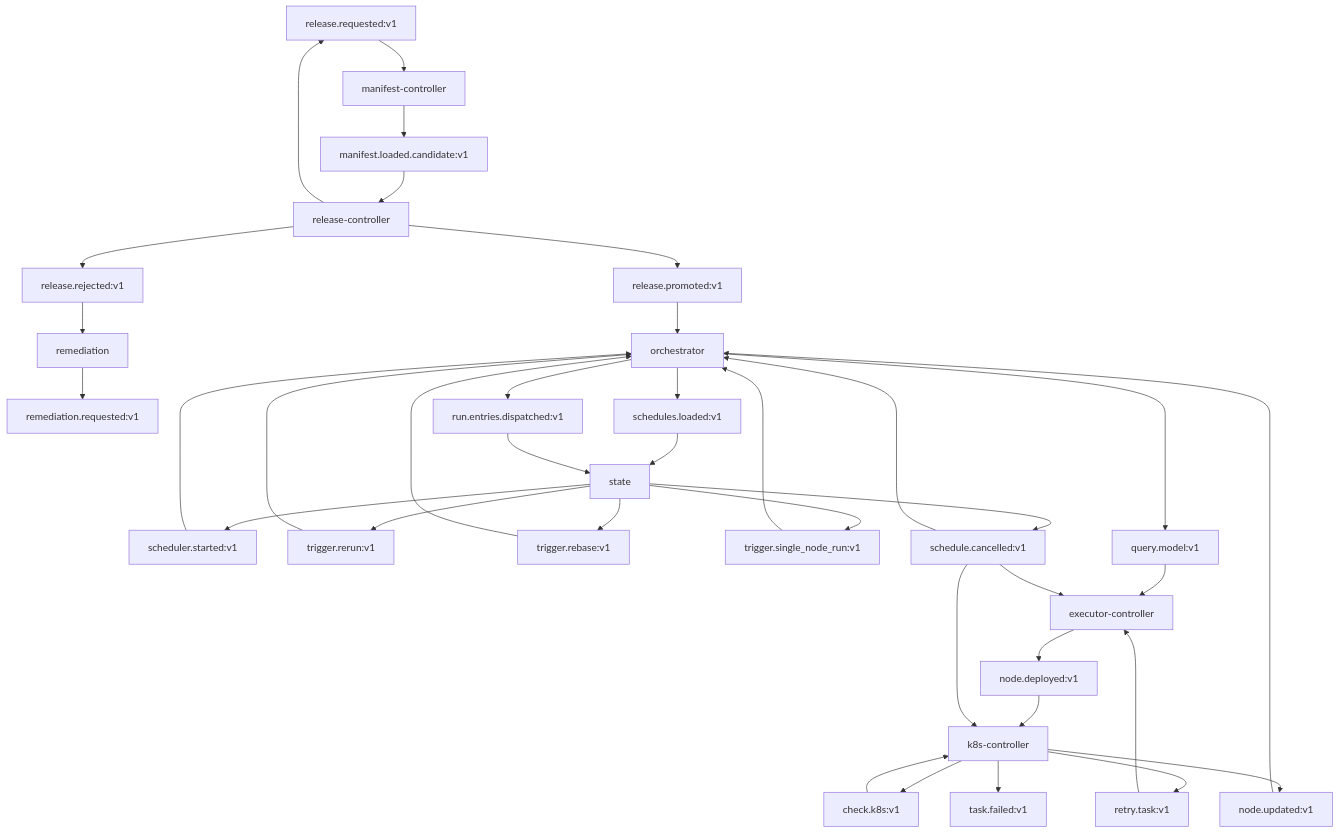
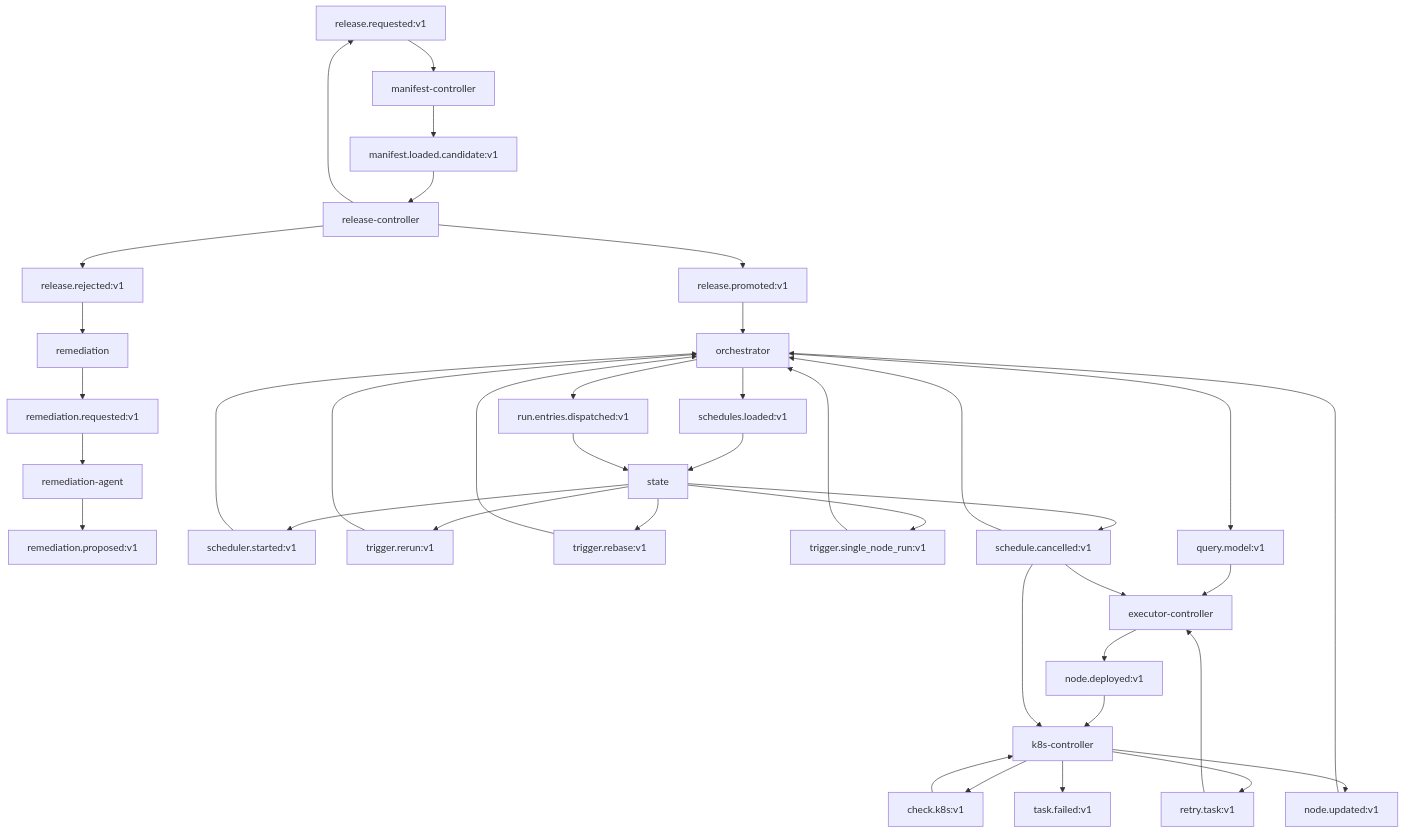
The second of 2 diagrams in docs/arch/01-topology.md (carolsimone/continuo), drawn with Mermaid before and after one commit. The commit also changed other lines of this file and 83 other files, not shown here.

First line of the commit message:
feat(remediation-agent): fix proposer service — LLM-propose a corrected SQL for healable validation rejections (#192)

````diff
--- a/docs/arch/01-topology.md
+++ b/docs/arch/01-topology.md
@@ -69,68 +76,71 @@
 ```mermaid
 flowchart TD
   RR[release.requested:v1]
   MLC[manifest.loaded.candidate:v1]
   RP[release.promoted:v1]
   RREJ[release.rejected:v1]
   REMREQ[remediation.requested:v1]
+  REMPROP[remediation.proposed:v1]
   SL[schedules.loaded:v1]
   SS[scheduler.started:v1]
   RED[run.entries.dispatched:v1]
   TRR[trigger.rerun:v1]
   TRB[trigger.rebase:v1]
   TSN[trigger.single_node_run:v1]
   QM[query.model:v1]
   ED[node.deployed:v1]
   KCV[check.k8s:v1]
   TR[retry.task:v1]
   TF[task.failed:v1]
   UT[node.updated:v1]
 
   RC[release-controller] --> RR
   RR --> MC[manifest-controller]
   MC --> MLC
   MLC --> RC
   RC --> RP
   RC --> RREJ
   RREJ --> REM[remediation]
   REM --> REMREQ
+  REMREQ --> REMA[remediation-agent]
+  REMA --> REMPROP
   RP --> OR[orchestrator]
   OR --> SL
   SL --> ST[state]
 
   ST --> SS
   SS --> OR
   OR --> RED
   RED --> ST
 
   ST --> TRR
   TRR --> OR
 
   ST --> TRB
   TRB --> OR
 
   ST --> TSN
   TSN --> OR
 
   OR --> QM
 
   QM --> EC[executor-controller]
   TR --> EC
 
   EC --> ED
   ED --> KC[k8s-controller]
 
   KC --> KCV
   KCV --> KC
   KC --> TR
   KC --> TF
   KC --> UT
 
   UT --> OR
 
   SC_EV[schedule.cancelled:v1]
   ST --> SC_EV
   SC_EV --> OR
   SC_EV --> EC
   SC_EV --> KC
 ```
````
